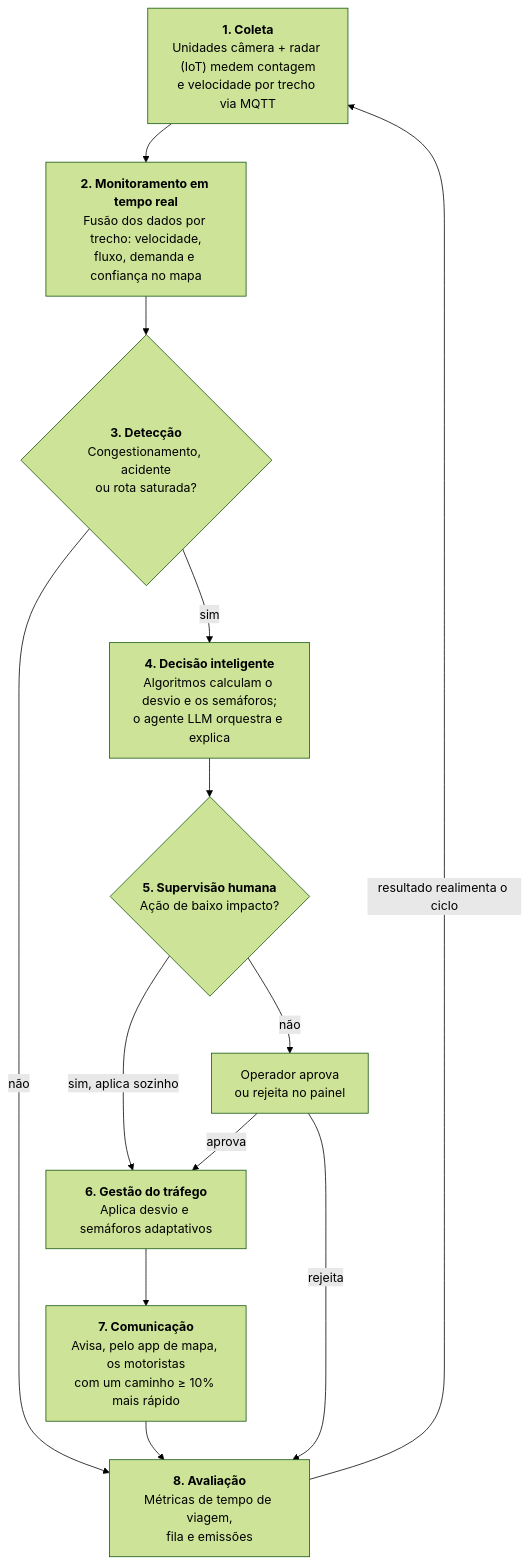
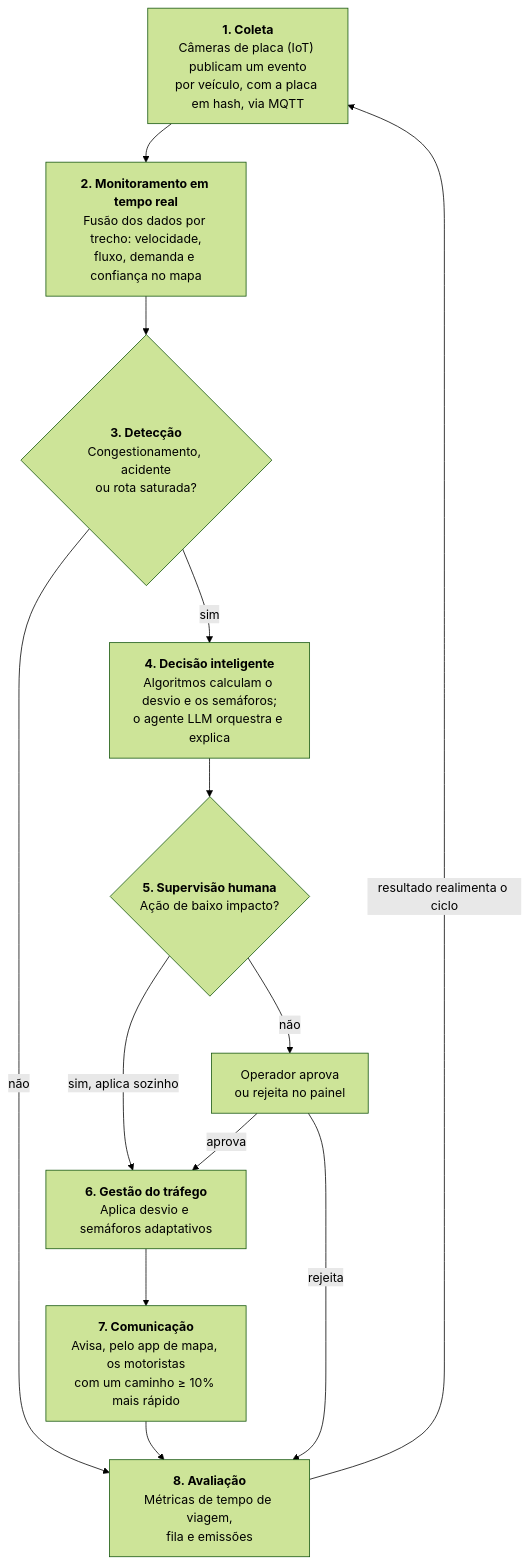
One commit to EdsonHenrique96/global-solution-2 changed the first of 3 diagrams in 2TIAO/GLOBAL-SOLUTION-2/GETTING_STARTED.md. Above: the diagram before and after it, drawn with Mermaid (forest theme). The commit also changed other lines of this file and 50 other files, not shown here.

````diff
--- a/2TIAO/GLOBAL-SOLUTION-2/GETTING_STARTED.md
+++ b/2TIAO/GLOBAL-SOLUTION-2/GETTING_STARTED.md
@@ -23,22 +23,22 @@
 ```mermaid
 flowchart TD
-    coleta["<b>1. Coleta</b><br/>Unidades câmera + radar (IoT) medem contagem<br/>e velocidade por trecho via MQTT"]
+    coleta["<b>1. Coleta</b><br/>Câmeras de placa (IoT) publicam um evento<br/>por veículo, com a placa em hash, via MQTT"]
     monitora["<b>2. Monitoramento em tempo real</b><br/>Fusão dos dados por trecho: velocidade,<br/>fluxo, demanda e confiança no mapa"]
     detecta{"<b>3. Detecção</b><br/>Congestionamento, acidente<br/>ou rota saturada?"}
     decide["<b>4. Decisão inteligente</b><br/>Algoritmos calculam o desvio e os semáforos;<br/>o agente LLM orquestra e explica"]
     supervisao{"<b>5. Supervisão humana</b><br/>Ação de baixo impacto?"}
     operador["Operador aprova<br/>ou rejeita no painel"]
     atua["<b>6. Gestão do tráfego</b><br/>Aplica desvio e semáforos adaptativos"]
     comunica["<b>7. Comunicação</b><br/>Avisa, pelo app de mapa, os motoristas<br/>com um caminho ≥ 10% mais rápido"]
     avalia["<b>8. Avaliação</b><br/>Métricas de tempo de viagem,<br/>fila e emissões"]
 
     coleta --> monitora --> detecta
     detecta -- não --> avalia
     detecta -- sim --> decide --> supervisao
     supervisao -- sim, aplica sozinho --> atua
     supervisao -- não --> operador
     operador -- aprova --> atua
     operador -- rejeita --> avalia
     atua --> comunica --> avalia
     avalia -- "resultado realimenta o ciclo" --> coleta
 ```
````
